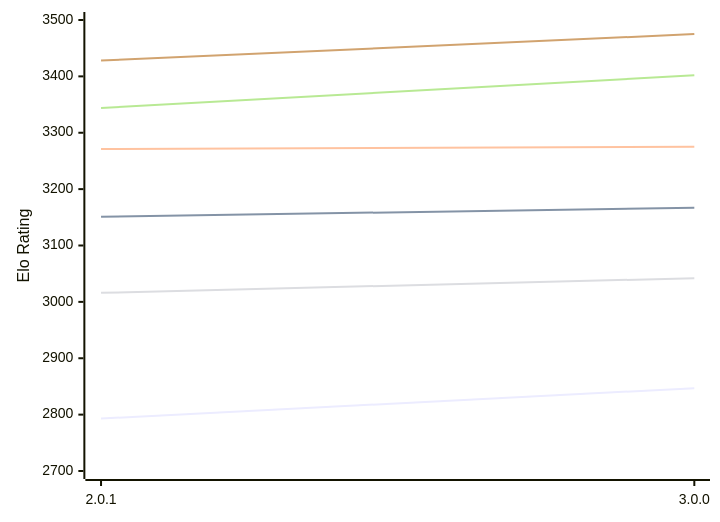
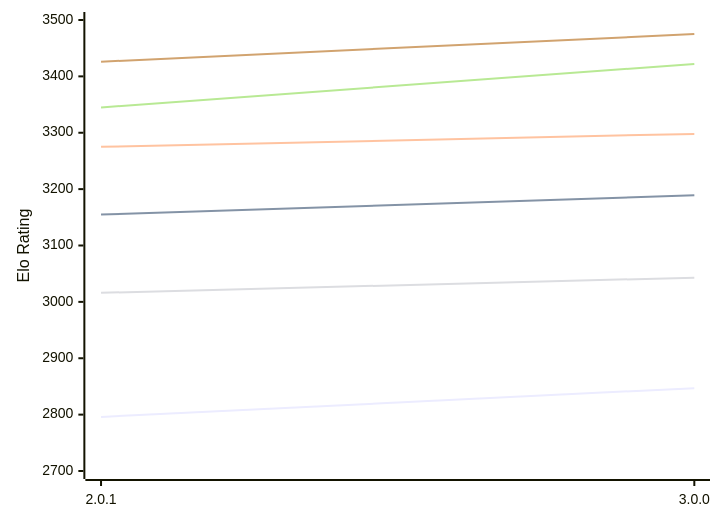
Before and after one commit to computer-chess-index/cci: the first of 2 diagrams in engines/Grail.md, drawn with Mermaid. The commit also changed other lines of this file, not shown here.

Commit message:
Update CCI Ratings (ELO VLTC) - 2026-10-17

````diff
--- a/engines/Grail.md
+++ b/engines/Grail.md
@@ -56,12 +56,12 @@
 ```mermaid
 %%{init: {"theme":"base","themeVariables":{"seriesColors:['#a3a3a3','#222221','#faa371']}}}%%
 xychart-beta
   x-axis ["2.0.1", "3.0.0"]
   y-axis "Elo Rating" 2700 --> 3500
-  line "E1: STC (8.0+0.08s)" [2793, 2847]
-  line "E1: LTC (60.0+0.60s)" [3151, 3167]
-  line "E1: VLTC (2m24s+1.12s)" [3271, 3275]
-  line "P1: STC (8.0+0.08s)" [3016, 3042]
-  line "P1: LTC (60.0+0.60s)" [3344, 3402]
-  line "P1: VLTC (2m24s+1.12s)" [3428, 3475]
+  line "E1: STC (8.0+0.08s)" [2796, 2847]
+  line "E1: LTC (60.0+0.60s)" [3155, 3189]
+  line "E1: VLTC (2m24s+1.12s)" [3275, 3298]
+  line "P1: STC (8.0+0.08s)" [3016, 3043]
+  line "P1: LTC (60.0+0.60s)" [3345, 3422]
+  line "P1: VLTC (2m24s+1.12s)" [3426, 3475]
 ```
````
